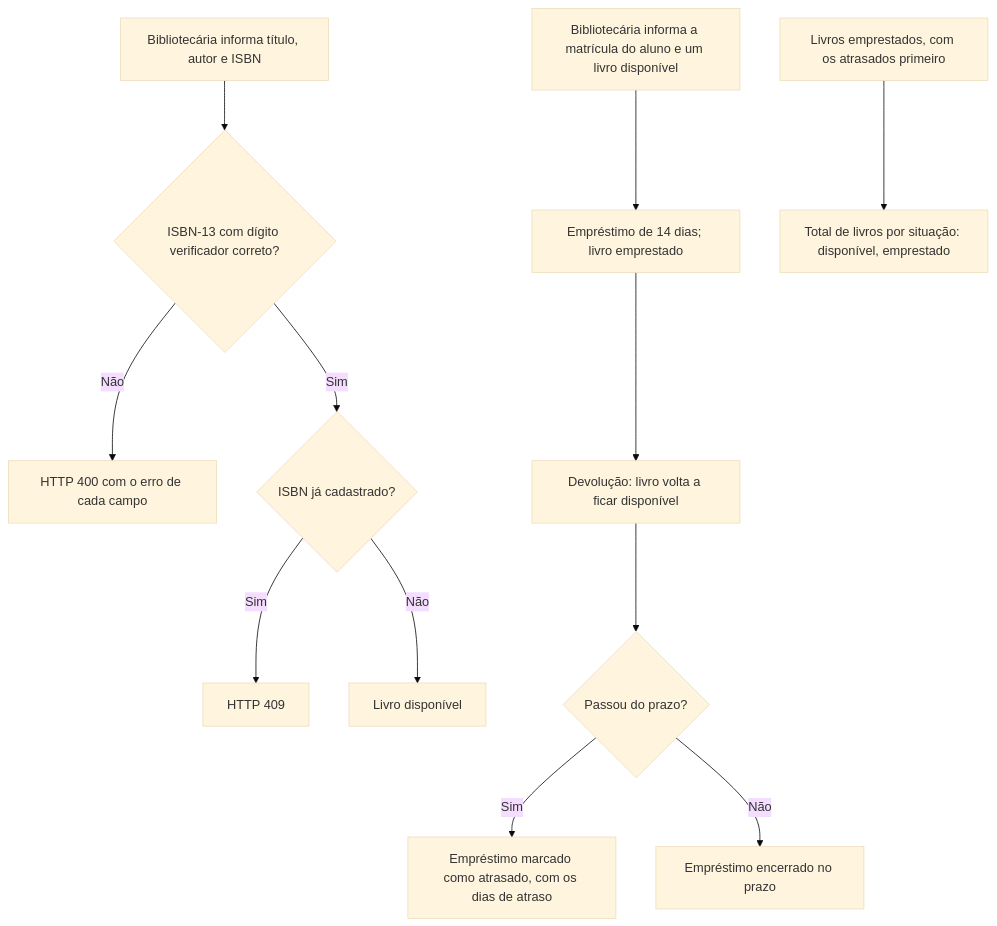
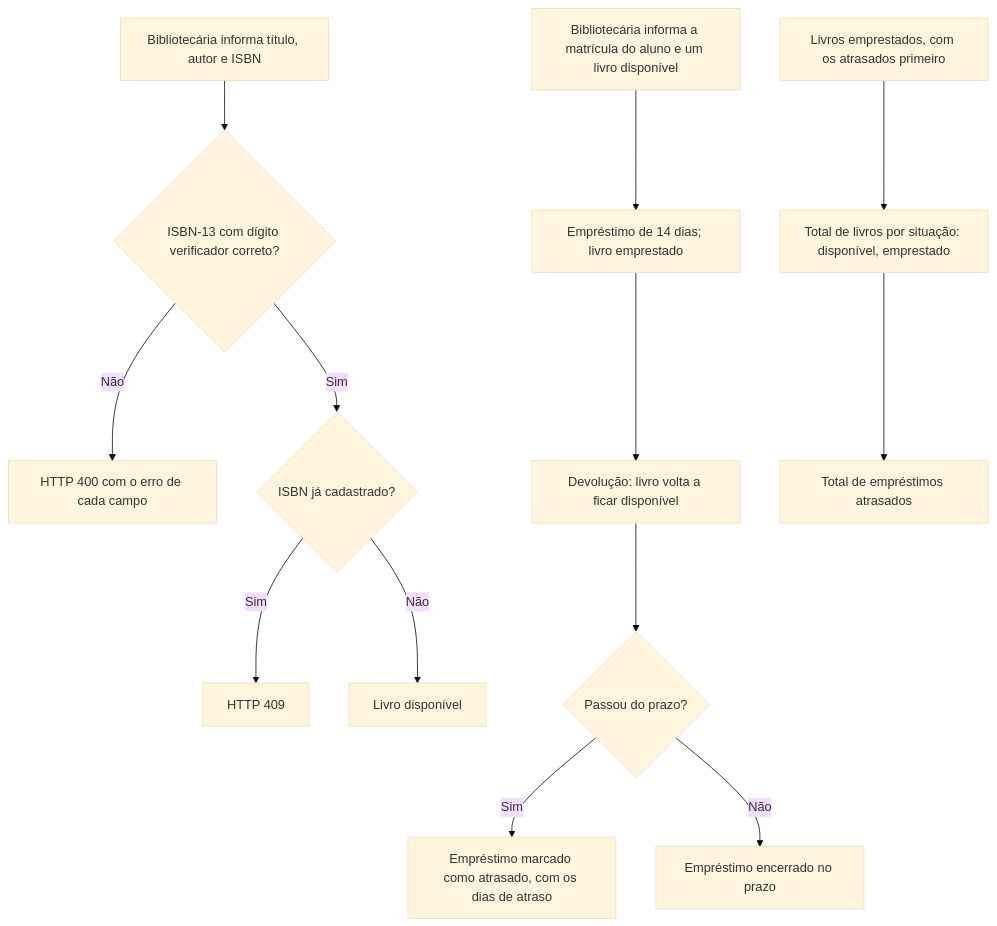
One commit to lukeware-hub/teams-ai changed the diagram in scripts/live-check/biblioteca/flow.md. Above: the diagram before and after it, drawn with Mermaid (base theme). The commit also changed 1 other file, not shown here.

Commit message:
docs(plan): plan 52, start the backlog and run it spec by spec (R11.3, R11.4)
Claude-Session: https://claude.ai/code/session_01RzB5VXQW459TCsjrSSAAiT

````diff
--- a/scripts/live-check/biblioteca/flow.md
+++ b/scripts/live-check/biblioteca/flow.md
@@ -3,17 +3,18 @@
 ```mermaid
 flowchart TD
 %% 1. Cadastro de livros
   C0[Bibliotecária informa título, autor e ISBN] --> C1{ISBN-13 com dígito verificador correto?}
   C1 -- Não --> C2[HTTP 400 com o erro de cada campo]
   C1 -- Sim --> C3{ISBN já cadastrado?}
   C3 -- Sim --> C4[HTTP 409]
   C3 -- Não --> C5[Livro disponível]
 %% 2. Empréstimos e devoluções
   E0[Bibliotecária informa a matrícula do aluno e um livro disponível] --> E1[Empréstimo de 14 dias; livro emprestado]
   E1 --> E2[Devolução: livro volta a ficar disponível]
   E2 --> E3{Passou do prazo?}
   E3 -- Sim --> E4[Empréstimo marcado como atrasado, com os dias de atraso]
   E3 -- Não --> E5[Empréstimo encerrado no prazo]
 %% 3. Relatórios
   R0[Livros emprestados, com os atrasados primeiro] --> R1[Total de livros por situação: disponível, emprestado]
+  R1 --> R2[Total de empréstimos atrasados]
 ```
````
